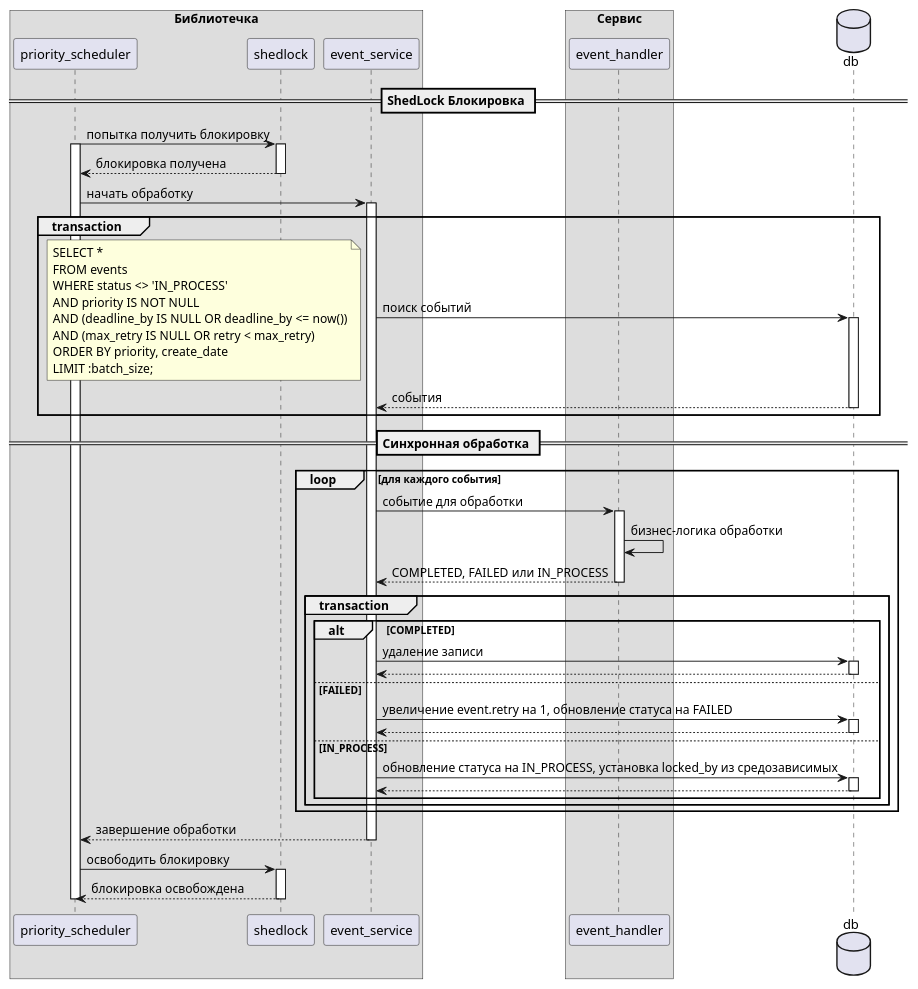
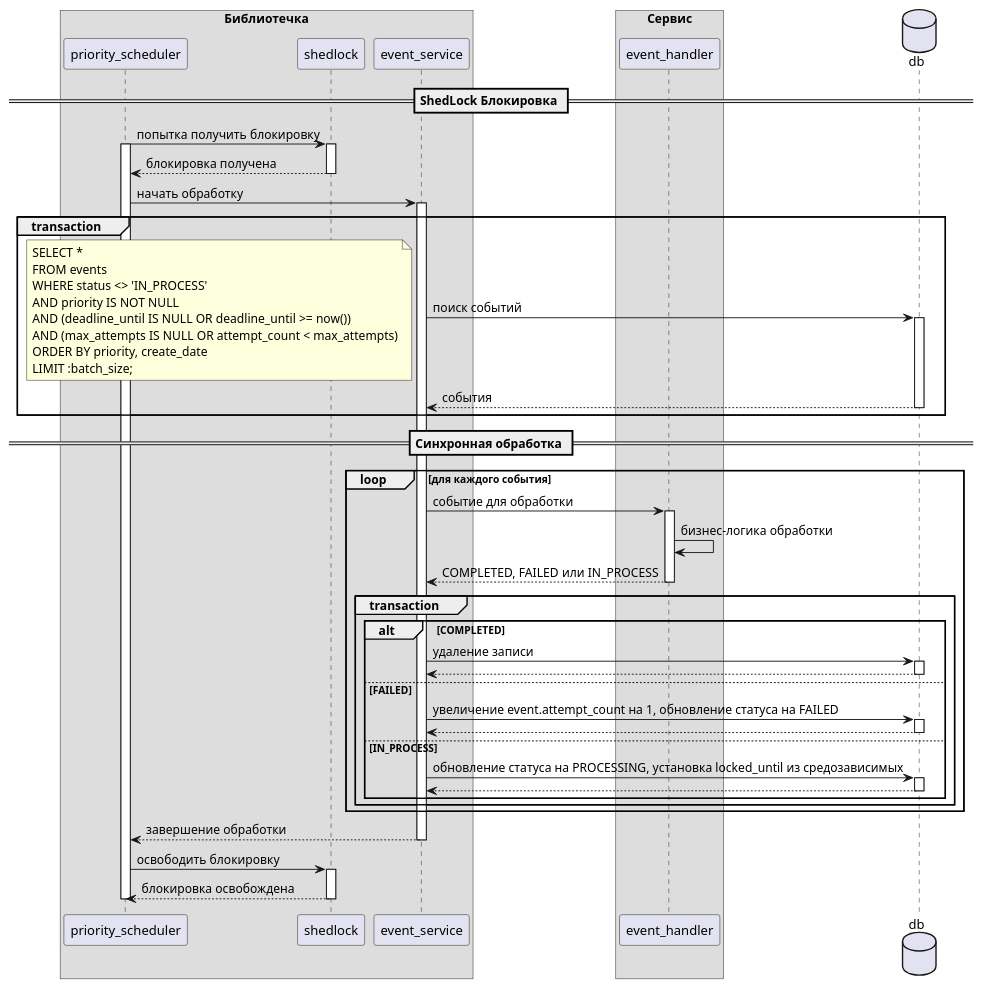
Before and after one commit to laym0n/eventhandling: the diagram in process_by_priority.plantuml, drawn with PlantUML. The commit also changed 10 other files, not shown here.

```diff
--- a/process_by_priority.plantuml
+++ b/process_by_priority.plantuml
@@ -1,83 +1,83 @@
 @startuml one_instance_processing_eager_cleanup
 
 box "Библиотечка"
     participant priority_scheduler
     participant shedlock
     participant event_service
 end box
 box "Сервис"
     participant event_handler
 end box
 database db
 
 == ShedLock Блокировка ==
 
 priority_scheduler -> shedlock : попытка получить блокировку
 activate priority_scheduler
 activate shedlock
 
 shedlock --> priority_scheduler : блокировка получена
 deactivate shedlock
 
 priority_scheduler -> event_service : начать обработку
 activate event_service
 
 group transaction
     event_service -> db : поиск событий
     note left
         SELECT *
         FROM events
         WHERE status <> 'IN_PROCESS' 
         AND priority IS NOT NULL 
-        AND (deadline_by IS NULL OR deadline_by <= now())
-        AND (max_retry IS NULL OR retry < max_retry)
+        AND (deadline_until IS NULL OR deadline_until >= now())
+        AND (max_attempts IS NULL OR attempt_count < max_attempts)
         ORDER BY priority, create_date
         LIMIT :batch_size;
     end note
     
     activate db
     db --> event_service : события
     deactivate db
 end
 
 == Синхронная обработка ==
 loop для каждого события
     event_service -> event_handler : событие для обработки
     activate event_handler
 
     event_handler -> event_handler : бизнес-логика обработки
 
     event_handler --> event_service : COMPLETED, FAILED или IN_PROCESS
     deactivate event_handler
 
     group transaction
         alt COMPLETED
             event_service -> db : удаление записи 
             activate db
             db --> event_service
             deactivate db
         else FAILED
-            event_service -> db : увеличение event.retry на 1, обновление статуса на FAILED
+            event_service -> db : увеличение event.attempt_count на 1, обновление статуса на FAILED
             activate db
             db --> event_service
             deactivate db
         else IN_PROCESS
-            event_service -> db : обновление статуса на IN_PROCESS, установка locked_by из средозависимых
+            event_service -> db : обновление статуса на PROCESSING, установка locked_until из средозависимых
             activate db
             db --> event_service
             deactivate db
         end
     end
 end
 
 event_service --> priority_scheduler : завершение обработки
 deactivate event_service
 
 priority_scheduler -> shedlock : освободить блокировку
 activate shedlock
 shedlock --> priority_scheduler : блокировка освобождена
 deactivate shedlock
 
 deactivate priority_scheduler
 
 @enduml
```
